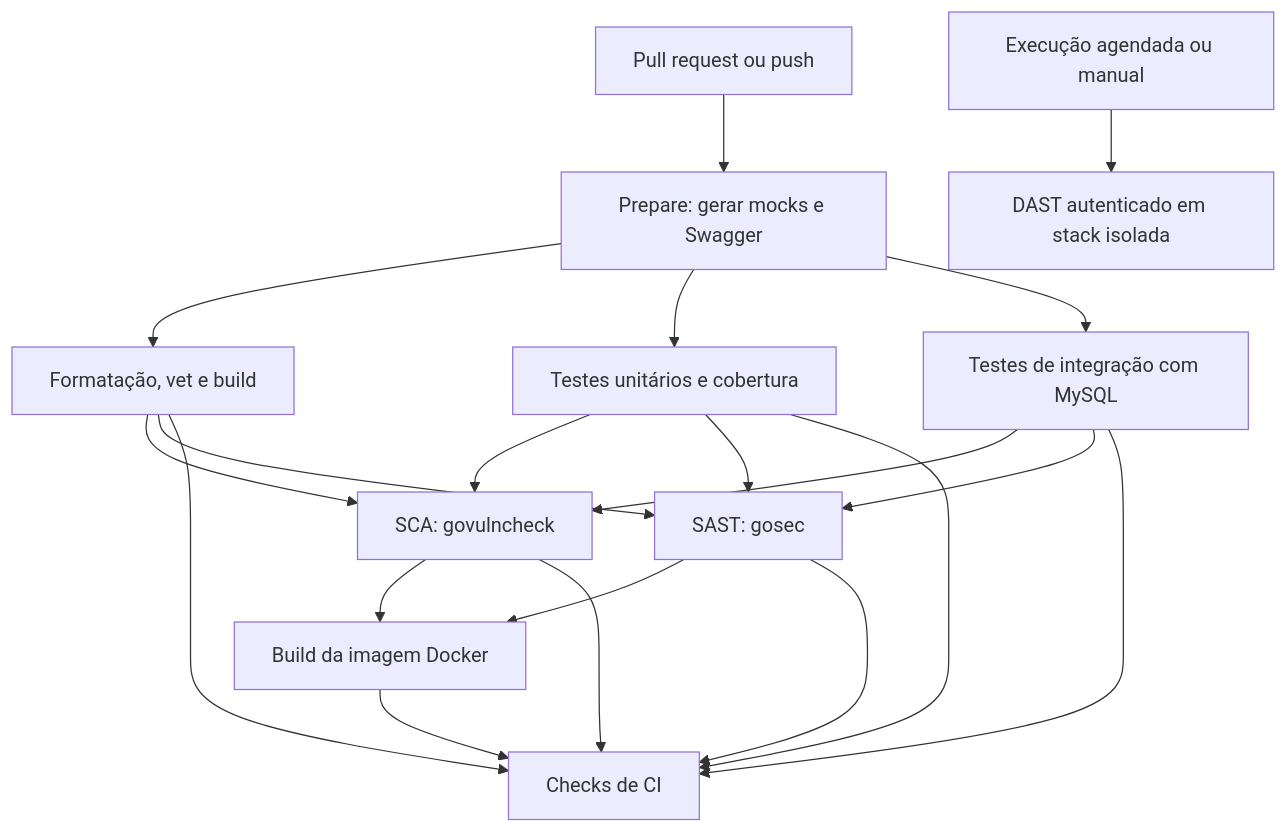
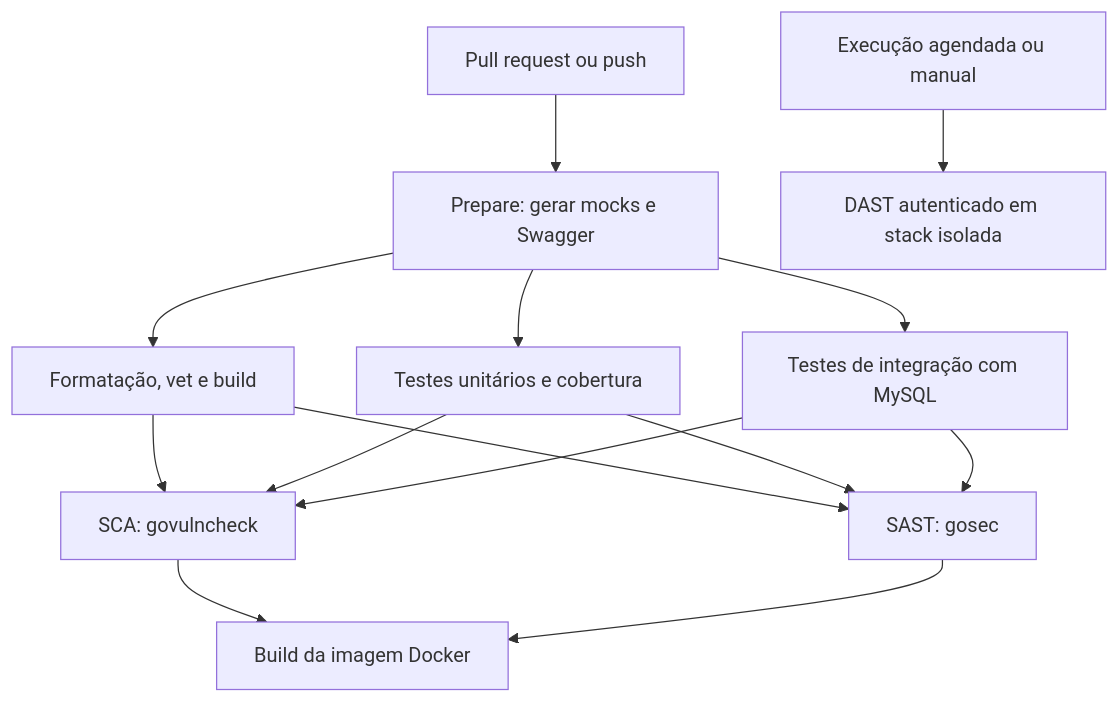
One commit to muriloperosa/soat-architecture changed the second of 5 diagrams in docs/CI_CD.md. Above: the diagram before and after it, drawn with Mermaid. The commit also changed other lines of this file and 2 other files, not shown here.

````diff
--- a/docs/CI_CD.md
+++ b/docs/CI_CD.md
@@ -17,22 +40,16 @@
 ```mermaid
 flowchart TD
     PR[Pull request ou push] --> PREP[Prepare: gerar mocks e Swagger]
     PREP --> STATIC[Formatação, vet e build]
     PREP --> UNIT[Testes unitários e cobertura]
     PREP --> INTEGRATION[Testes de integração com MySQL]
     STATIC --> SCA[SCA: govulncheck]
     UNIT --> SCA
     INTEGRATION --> SCA
     STATIC --> SAST[SAST: gosec]
     UNIT --> SAST
     INTEGRATION --> SAST
     SCA --> IMAGE[Build da imagem Docker]
     SAST --> IMAGE
-    STATIC --> GATE[Checks de CI]
-    UNIT --> GATE
-    INTEGRATION --> GATE
-    SCA --> GATE
-    SAST --> GATE
-    IMAGE --> GATE
     MAIN[Execução agendada ou manual] --> DAST[DAST autenticado em stack isolada]
 ```
````
